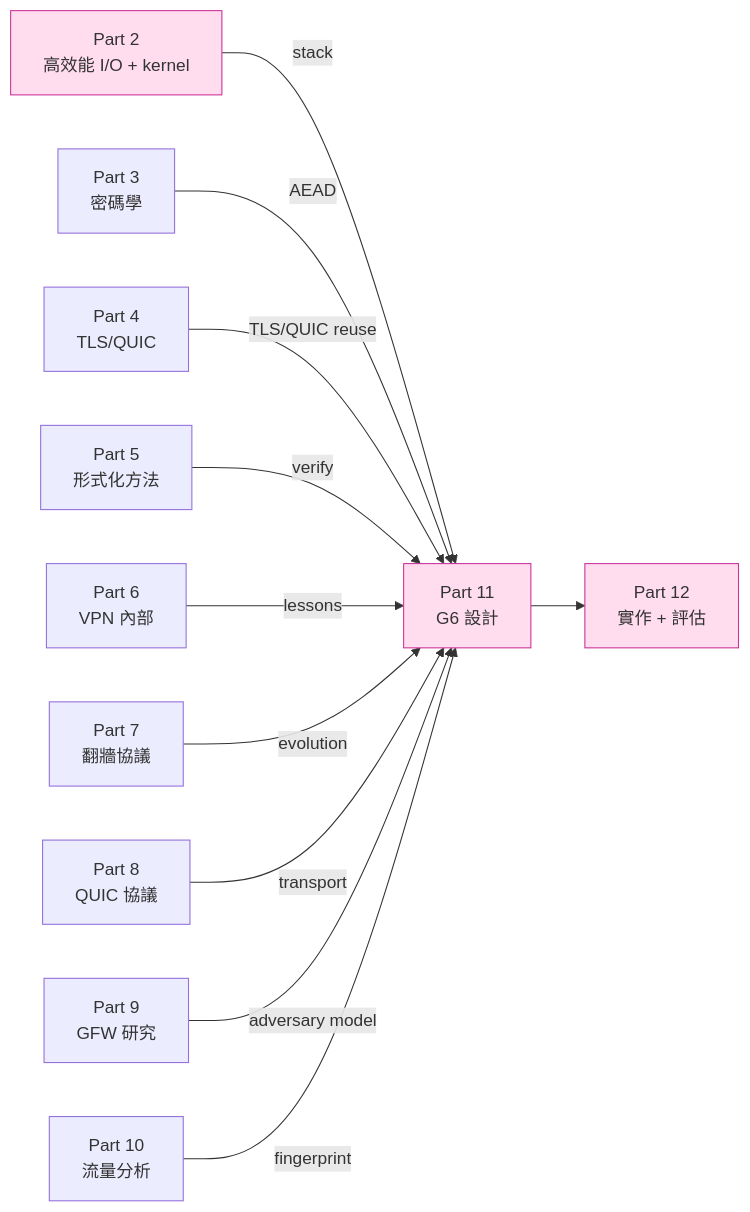
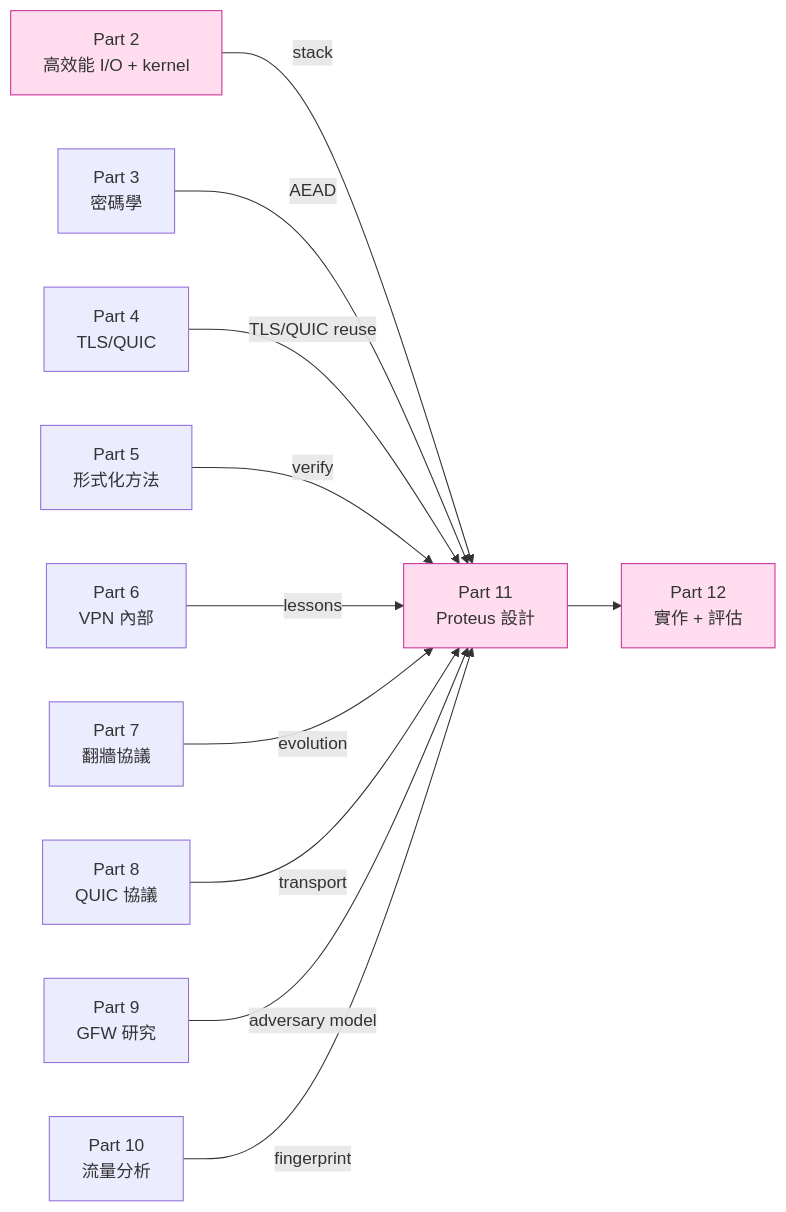
The sixth of 6 diagrams in lessons/part-2-high-perf-io/2.14-final-picture.md (Icarus603/network-from-scratch), drawn with Mermaid before and after one commit. The commit also changed other lines of this file and 300 other files, not shown here.

````diff
--- a/lessons/part-2-high-perf-io/2.14-final-picture.md
+++ b/lessons/part-2-high-perf-io/2.14-final-picture.md
@@ -338,28 +338,28 @@
 ```mermaid
 flowchart LR
     P2["Part 2<br/>高效能 I/O + kernel"]
     P3["Part 3<br/>密碼學"]
     P4["Part 4<br/>TLS/QUIC"]
     P5["Part 5<br/>形式化方法"]
     P6["Part 6<br/>VPN 內部"]
     P7["Part 7<br/>翻牆協議"]
     P8["Part 8<br/>QUIC 協議"]
     P9["Part 9<br/>GFW 研究"]
     P10["Part 10<br/>流量分析"]
-    P11["Part 11<br/>G6 設計"]
+    P11["Part 11<br/>Proteus 設計"]
     P12["Part 12<br/>實作 + 評估"]
 
     P2 -- "stack" --> P11
     P3 -- "AEAD" --> P11
     P4 -- "TLS/QUIC reuse" --> P11
     P5 -- "verify" --> P11
     P6 -- "lessons" --> P11
     P7 -- "evolution" --> P11
     P8 -- "transport" --> P11
     P9 -- "adversary model" --> P11
     P10 -- "fingerprint" --> P11
     P11 --> P12
 
     classDef ours fill:#fde,stroke:#c39
     class P2,P11,P12 ours
 ```
````
